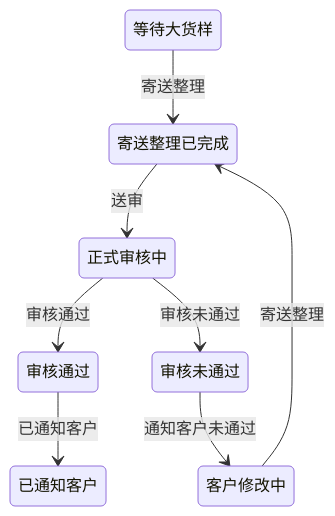
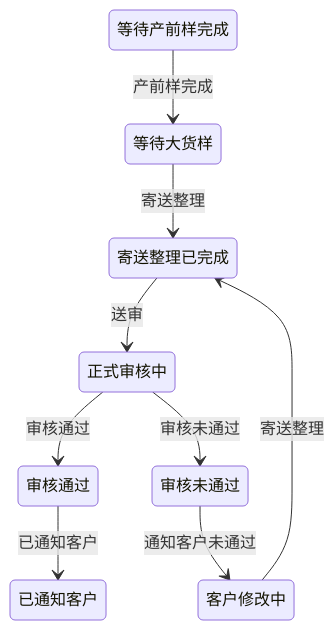
Before and after one commit to FIPOCHINA/fipo-fsm: the diagram in docs/ProductSample_display.mermaid, drawn with Mermaid. The commit also changed 23 other files, not shown here.

```diff
--- a/docs/ProductSample_display.mermaid
+++ b/docs/ProductSample_display.mermaid
@@ -1,8 +1,9 @@
 stateDiagram-v2
+等待产前样完成 --> 等待大货样 : 产前样完成
 等待大货样 --> 寄送整理已完成 : 寄送整理
 寄送整理已完成 --> 正式审核中 : 送审
 正式审核中 --> 审核通过 : 审核通过
 正式审核中 --> 审核未通过 : 审核未通过
 审核通过 --> 已通知客户 : 已通知客户
 审核未通过 --> 客户修改中 : 通知客户未通过
 客户修改中 --> 寄送整理已完成 : 寄送整理
```
